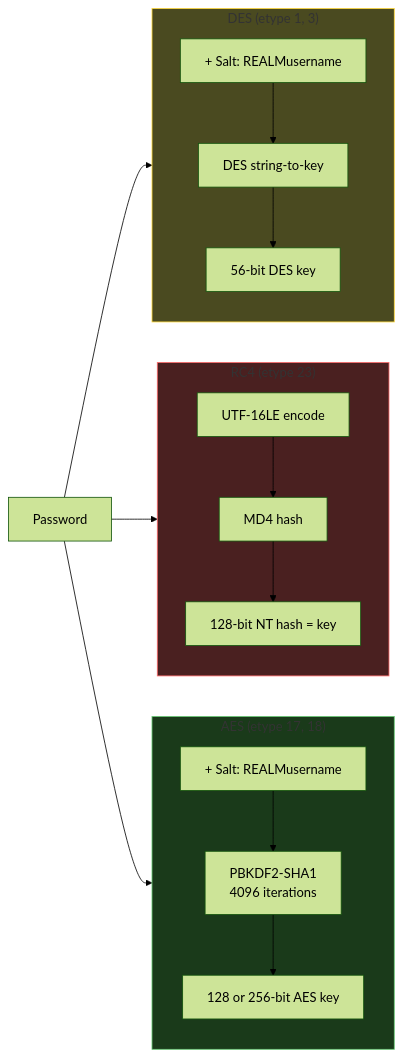
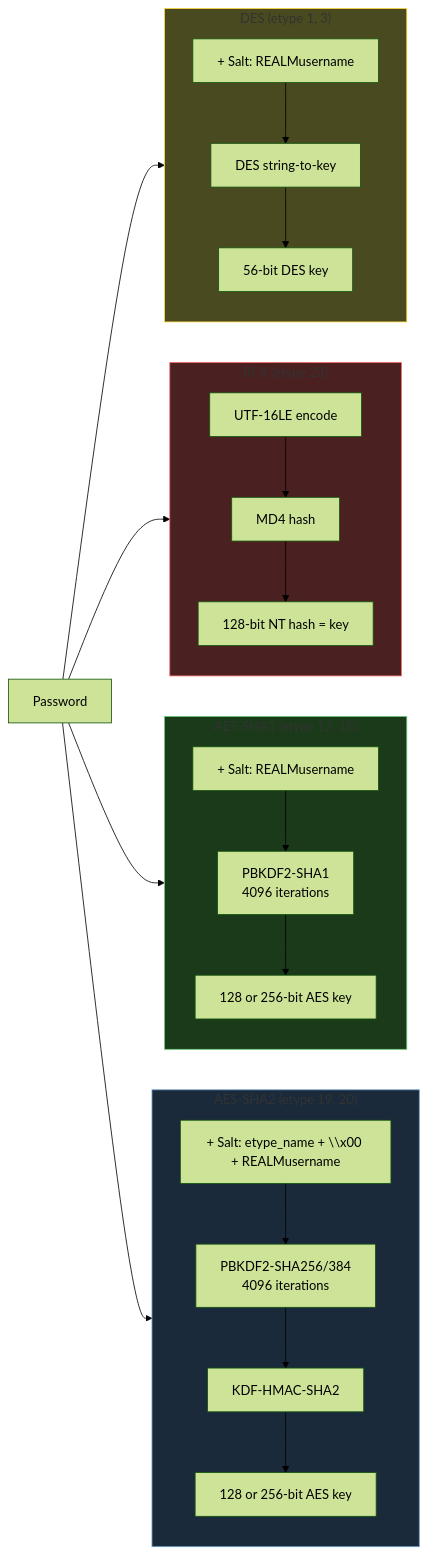
Before and after one commit to StrongWind1/KerbWolf: the first of 4 diagrams in docs/guide/encryption-types.md, drawn with Mermaid (forest theme). The commit also changed other lines of this file and 5 other files, not shown here.

First line of the commit message:
docs: add RFC 8009 SHA2 etype support across all documentation

````diff
--- a/docs/guide/encryption-types.md
+++ b/docs/guide/encryption-types.md
@@ -5,32 +5,42 @@
 ```mermaid
 flowchart LR
-    P["Password"] --> DES_PATH & RC4_PATH & AES_PATH
+    P["Password"] --> DES_PATH & RC4_PATH & AES_PATH & SHA2_PATH
 
     subgraph DES_PATH["DES (etype 1, 3)"]
         direction TB
         D1["+ Salt: REALMusername"]
         D2["DES string-to-key"]
         D3["56-bit DES key"]
         D1 --> D2 --> D3
     end
 
     subgraph RC4_PATH["RC4 (etype 23)"]
         direction TB
         R1["UTF-16LE encode"]
         R2["MD4 hash"]
         R3["128-bit NT hash = key"]
         R1 --> R2 --> R3
     end
 
-    subgraph AES_PATH["AES (etype 17, 18)"]
+    subgraph AES_PATH["AES-SHA1 (etype 17, 18)"]
         direction TB
         A1["+ Salt: REALMusername"]
         A2["PBKDF2-SHA1<br/>4096 iterations"]
         A3["128 or 256-bit AES key"]
         A1 --> A2 --> A3
     end
 
+    subgraph SHA2_PATH["AES-SHA2 (etype 19, 20)"]
+        direction TB
+        S1["+ Salt: etype_name + \\x00 + REALMusername"]
+        S2["PBKDF2-SHA256/384<br/>4096 iterations"]
+        S3["KDF-HMAC-SHA2"]
+        S4["128 or 256-bit AES key"]
+        S1 --> S2 --> S3 --> S4
+    end
+
     style RC4_PATH fill:#4a2020,stroke:#ff6b6b
     style DES_PATH fill:#4a4a20,stroke:#ffd93d
     style AES_PATH fill:#1a3a1a,stroke:#6bcb77
+    style SHA2_PATH fill:#1a2a3a,stroke:#6b9bcb
 ```
````
